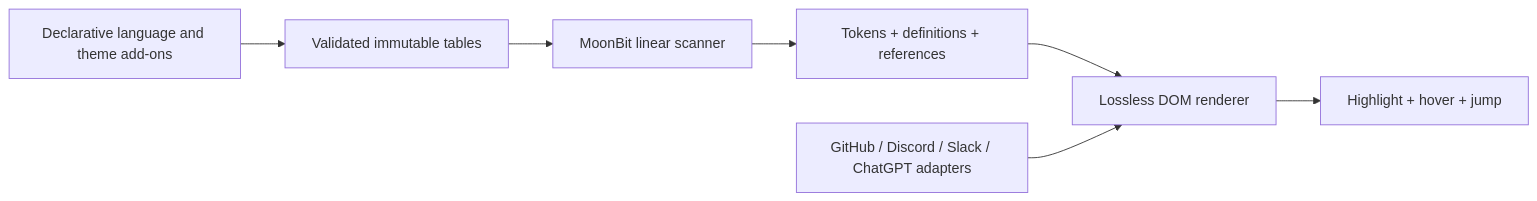
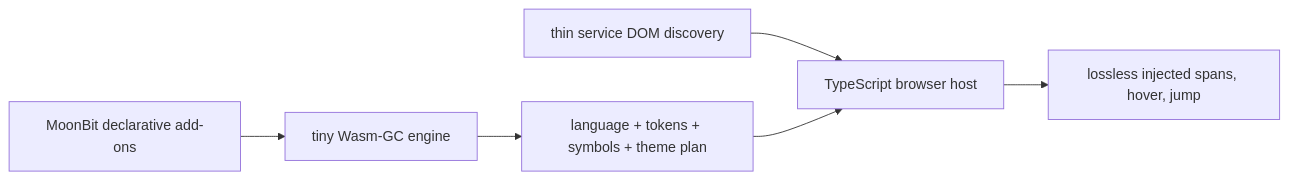
The diagram in README.md (ubugeeei-prod/web-highlighter), drawn with Mermaid before and after one commit. The commit also changed other lines of this file and 4 other files, not shown here.

Commit message:
docs: position product as injected language support

````diff
--- a/README.md
+++ b/README.md
@@ -98,9 +100,8 @@
 ```mermaid
 flowchart LR
-  P["Declarative language and theme add-ons"] --> V["Validated immutable tables"]
-  V --> M["MoonBit linear scanner"]
-  M --> A["Tokens + definitions + references"]
-  A --> R["Lossless DOM renderer"]
-  S["GitHub / Discord / Slack / ChatGPT adapters"] --> R
-  R --> N["Highlight + hover + jump"]
+  D["MoonBit declarative add-ons"] --> W["tiny Wasm-GC engine"]
+  W --> A["language + tokens + symbols + theme plan"]
+  S["thin service DOM discovery"] --> H["TypeScript browser host"]
+  A --> H
+  H --> P["lossless injected spans, hover, jump"]
 ```
````
